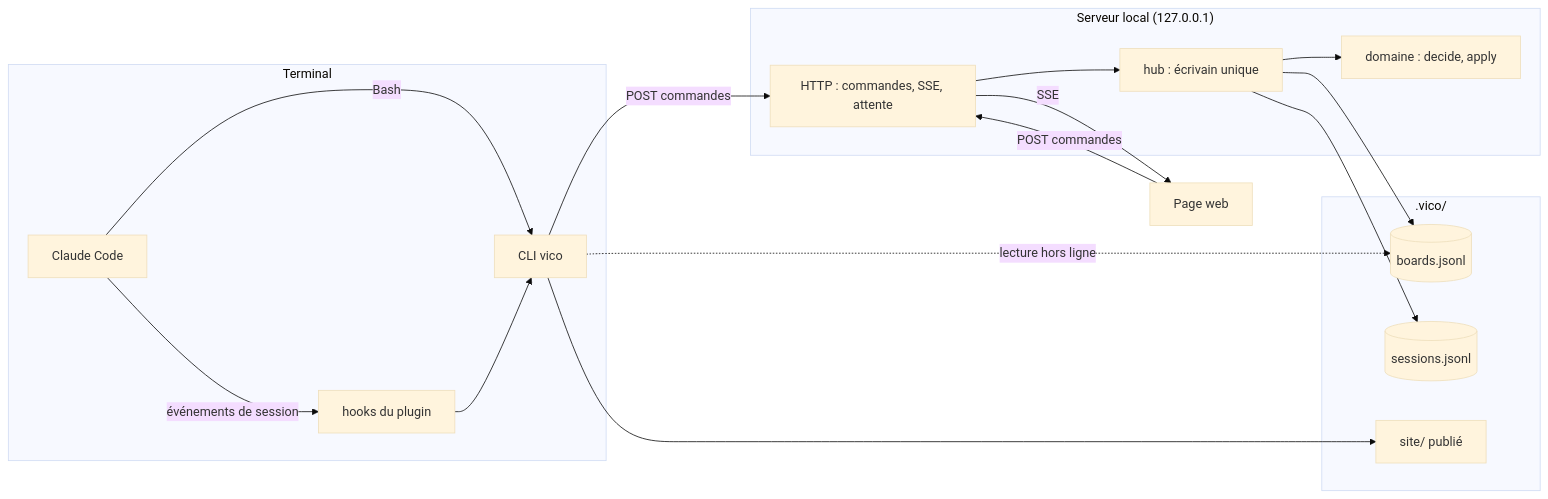
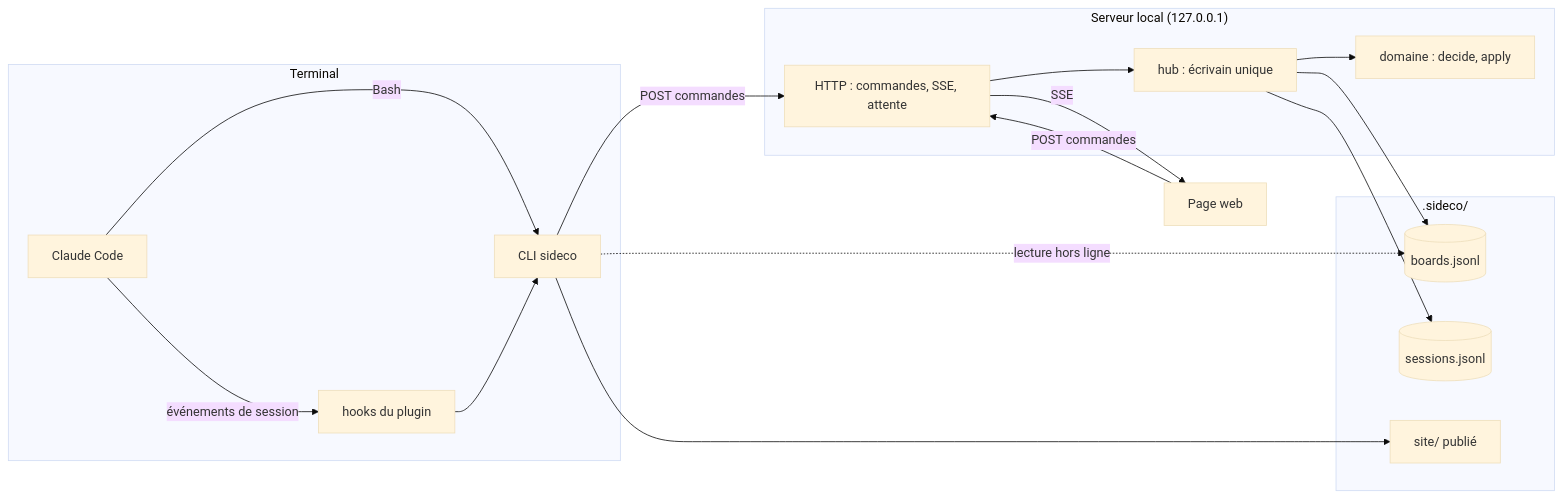
Before and after one commit to bastien-gallay/sideco: the first of 2 diagrams in docs/PRD.md, drawn with Mermaid (base theme). The commit also changed other lines of this file and 48 other files, not shown here.

````diff
--- a/docs/PRD.md
+++ b/docs/PRD.md
@@ -180,32 +180,32 @@
 ```mermaid
 flowchart LR
   subgraph terminal["Terminal"]
     CC["Claude Code"]
     HK["hooks du plugin"]
-    CLI["CLI vico"]
+    CLI["CLI sideco"]
   end
   subgraph serveur["Serveur local (127.0.0.1)"]
     HTTP["HTTP : commandes, SSE, attente"]
     HUB["hub : écrivain unique"]
     DOM["domaine : decide, apply"]
   end
-  subgraph disque[".vico/"]
+  subgraph disque[".sideco/"]
     BJ[("boards.jsonl")]
     SJ[("sessions.jsonl")]
     SITE["site/ publié"]
   end
   PAGE["Page web"]
 
   CC -->|"événements de session"| HK
   CC -->|"Bash"| CLI
   HK --> CLI
   CLI -->|"POST commandes"| HTTP
   CLI -.->|"lecture hors ligne"| BJ
   PAGE -->|"POST commandes"| HTTP
   HTTP -->|"SSE"| PAGE
   HTTP --> HUB
   HUB --> DOM
   HUB --> BJ
   HUB --> SJ
   CLI --> SITE
 ```
````
